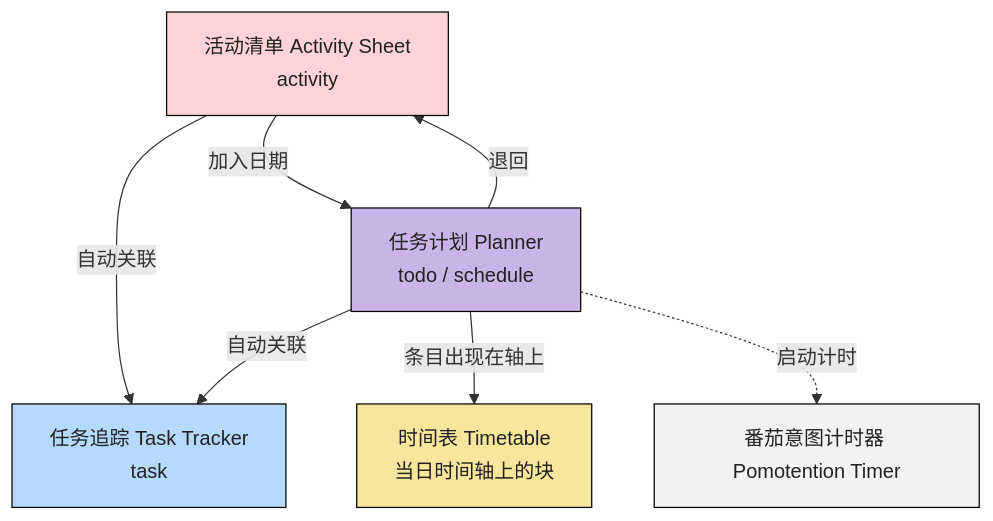
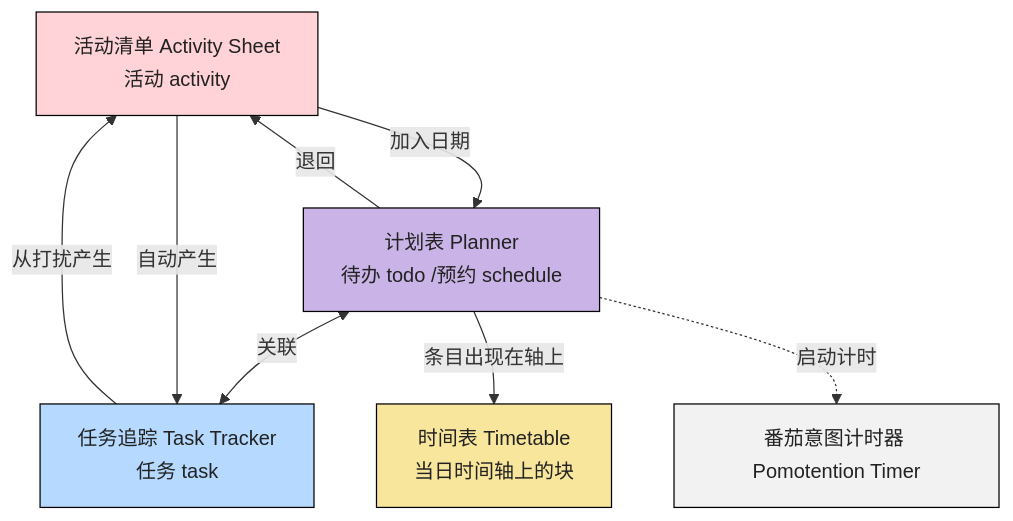
The diagram in docs/guide/reference/workflow.md (Xeonilian/pomotention), drawn with Mermaid before and after one commit. The commit also changed other lines of this file and 63 other files, not shown here.

````diff
--- a/docs/guide/reference/workflow.md
+++ b/docs/guide/reference/workflow.md
@@ -23,28 +21,29 @@
 ```mermaid
 flowchart TB
   classDef default line-height:1.65,color:#222,stroke:black,stroke-width:1px
   classDef red fill:#FFD3D7
   classDef blue fill:#B5D9FF
   classDef yellow fill:#F8E69C
   classDef purple fill:#CAB4E7
   classDef white fill:#f2f2f2
-  AS["活动清单 Activity Sheet<br/>activity"]
-  PL["任务计划 Planner<br/>todo / schedule"]
+  AS["活动清单 Activity Sheet<br/>活动 activity"]
+  PL["计划表 Planner<br/>待办 todo /预约 schedule"]
+  TK["任务追踪 Task Tracker<br/>任务 task "]
   TT["时间表 Timetable<br/>当日时间轴上的块"]
-  TK["任务追踪 Task Tracker<br/>task "]
   PM["番茄意图计时器 Pomotention Timer"]
 
+  TK -->|"从打扰产生"| AS
+  PL <--> |"关联"| TK
   AS -->|"加入日期"| PL
   PL -->|"退回"| AS
-  AS -->|"自动关联"| TK
-  PL -->|"自动关联"| TK
+  AS -->|"自动产生"| TK
   PL -->|"条目出现在轴上"| TT
   PL -.->|"启动计时"| PM
   class AS,PL,TT,TK,PM default
   class AS red
   class PL purple
   class TT yellow
   class TK blue
   class PM white
 
 ```
````
